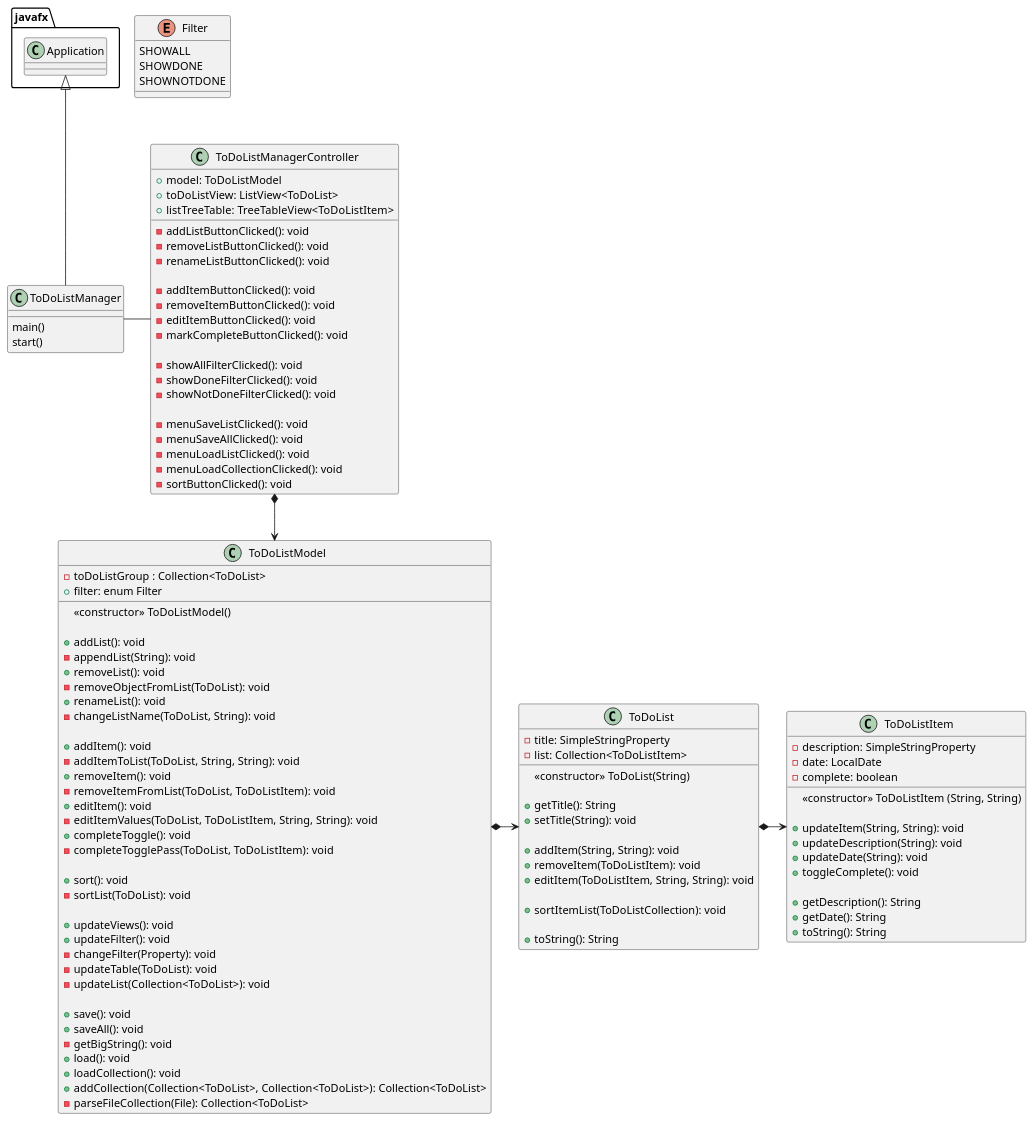
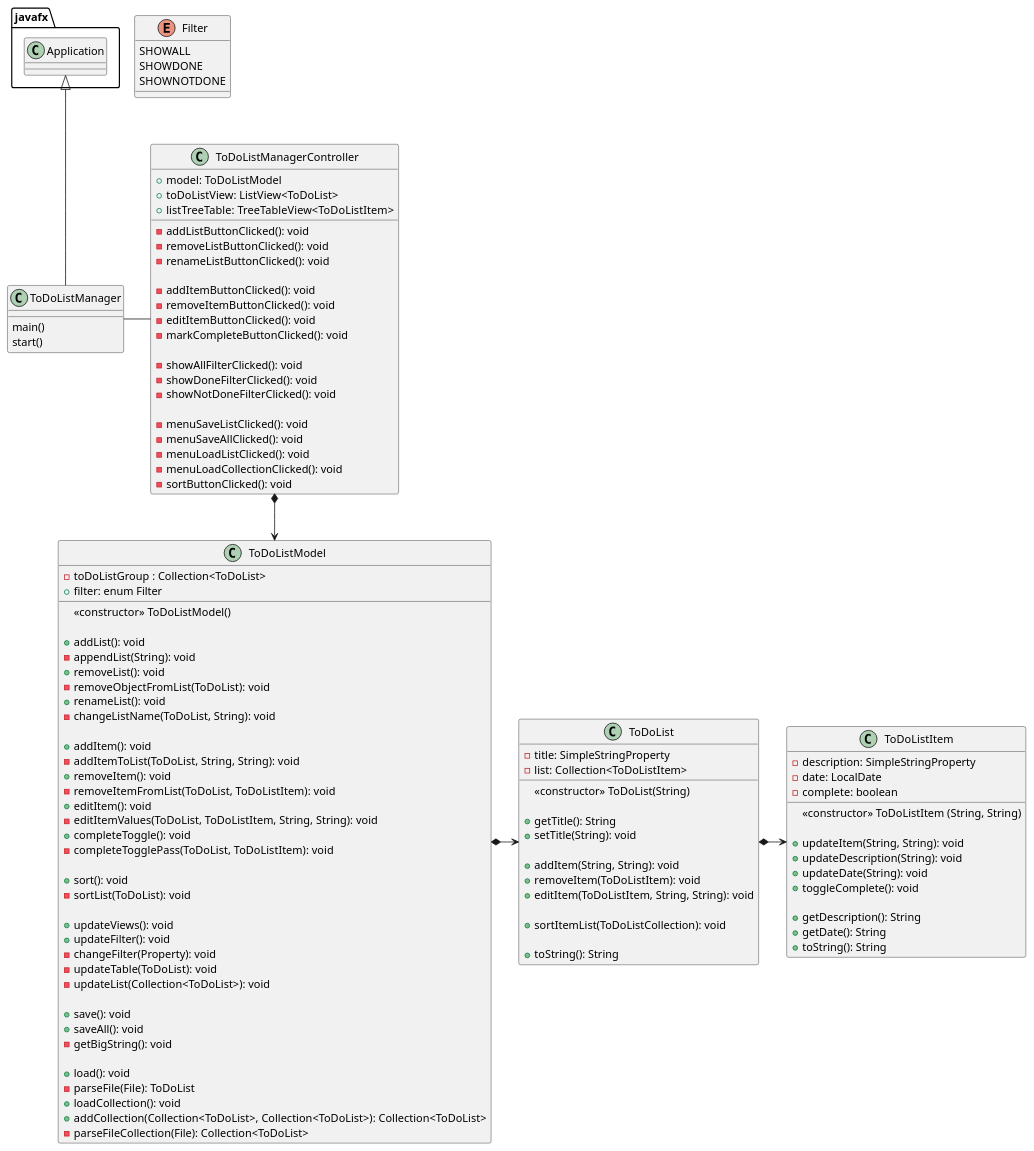
Before and after one commit to GSabiniPanini/little-cop3330-assignment4: the diagram in uml/ToDoListManager.puml, drawn with PlantUML. The commit also changed 2 other files, not shown here.

```diff
--- a/uml/ToDoListManager.puml
+++ b/uml/ToDoListManager.puml
@@ -1,121 +1,123 @@
 @startuml
 'https://plantuml.com/class-diagram'
 
 class ToDoListManager {
     main()
     start()
 }
 
 enum Filter {
     SHOWALL
     SHOWDONE
     SHOWNOTDONE
 }
 
 class ToDoListManagerController {
     + model: ToDoListModel
     + toDoListView: ListView<ToDoList>
     + listTreeTable: TreeTableView<ToDoListItem>
 
     - addListButtonClicked(): void
     - removeListButtonClicked(): void
     - renameListButtonClicked(): void
 
     - addItemButtonClicked(): void
     - removeItemButtonClicked(): void
     - editItemButtonClicked(): void
     - markCompleteButtonClicked(): void
 
     - showAllFilterClicked(): void
     - showDoneFilterClicked(): void
     - showNotDoneFilterClicked(): void
 
     - menuSaveListClicked(): void
     - menuSaveAllClicked(): void
     - menuLoadListClicked(): void
     - menuLoadCollectionClicked(): void
     - sortButtonClicked(): void
 }
 
 class ToDoListModel {
     - toDoListGroup : Collection<ToDoList>
     + filter: enum Filter
 
     <<constructor>> ToDoListModel()
 
     + addList(): void
     - appendList(String): void
     + removeList(): void
     - removeObjectFromList(ToDoList): void
     + renameList(): void
     - changeListName(ToDoList, String): void
 
     + addItem(): void
     - addItemToList(ToDoList, String, String): void
     + removeItem(): void
     - removeItemFromList(ToDoList, ToDoListItem): void
     + editItem(): void
     - editItemValues(ToDoList, ToDoListItem, String, String): void
     + completeToggle(): void
     - completeTogglePass(ToDoList, ToDoListItem): void
 
     + sort(): void
     - sortList(ToDoList): void
 
     + updateViews(): void
     + updateFilter(): void
     - changeFilter(Property): void
     - updateTable(ToDoList): void
     - updateList(Collection<ToDoList>): void
 
     + save(): void
     + saveAll(): void
     - getBigString(): void
+
     + load(): void
+    - parseFile(File): ToDoList
     + loadCollection(): void
     + addCollection(Collection<ToDoList>, Collection<ToDoList>): Collection<ToDoList>
     - parseFileCollection(File): Collection<ToDoList>
 }
 
 class ToDoList {
     - title: SimpleStringProperty
     - list: Collection<ToDoListItem>
 
     <<constructor>> ToDoList(String)
 
     + getTitle(): String
     + setTitle(String): void
 
     + addItem(String, String): void
     + removeItem(ToDoListItem): void
     + editItem(ToDoListItem, String, String): void
 
     + sortItemList(ToDoListCollection): void
 
     + toString(): String
 }
 
 class ToDoListItem {
     - description: SimpleStringProperty
     - date: LocalDate
     - complete: boolean
 
     <<constructor>> ToDoListItem (String, String)
 
     + updateItem(String, String): void
     + updateDescription(String): void
     + updateDate(String): void
     + toggleComplete(): void
 
     + getDescription(): String
     + getDate(): String
     + toString(): String
 }
 
 javafx.Application <|-- ToDoListManager
 ToDoListManager - ToDoListManagerController
 ToDoListManagerController *--> ToDoListModel
 ToDoListModel *-> ToDoList
 ToDoList *-> ToDoListItem
 
 @enduml
```
